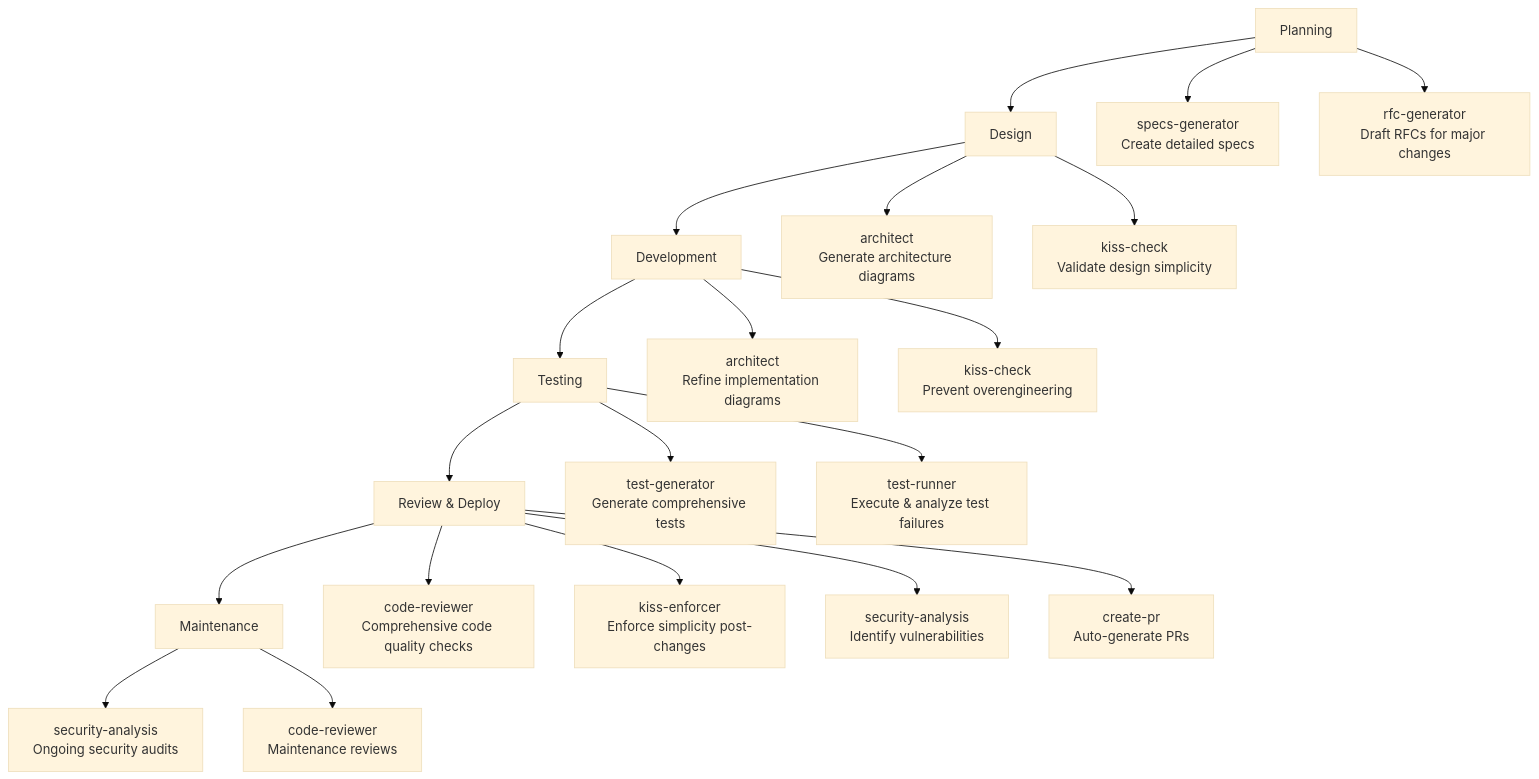
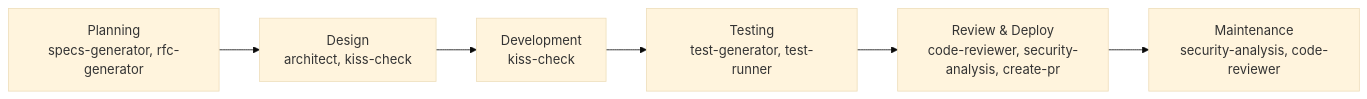
One commit to trebaud/my-claude-skills changed the diagram in README.md. Above: the diagram before and after it, drawn with Mermaid (base theme).

Commit message:
simpler mermaid diagram

````diff
--- a/README.md
+++ b/README.md
@@ -33,28 +33,8 @@
 ```mermaid
-flowchart TD
-    A[Planning] --> B[Design]
-    B --> C[Development]
-    C --> D[Testing]
-    D --> E[Review & Deploy]
-    E --> F[Maintenance]
-
-    A --> A1[specs-generator<br/>Create detailed specs]
-    A --> A2[rfc-generator<br/>Draft RFCs for major changes]
-
-    B --> B1[architect<br/>Generate architecture diagrams]
-    B --> B2[kiss-check<br/>Validate design simplicity]
-
-    C --> C1[architect<br/>Refine implementation diagrams]
-    C --> C2[kiss-check<br/>Prevent overengineering]
-
-    D --> D1[test-generator<br/>Generate comprehensive tests]
-    D --> D2[test-runner<br/>Execute & analyze test failures]
-
-    E --> E1[code-reviewer<br/>Comprehensive code quality checks]
-    E --> E2[kiss-enforcer<br/>Enforce simplicity post-changes]
-    E --> E3[security-analysis<br/>Identify vulnerabilities]
-    E --> E4[create-pr<br/>Auto-generate PRs]
-
-    F --> F1[security-analysis<br/>Ongoing security audits]
-    F --> F2[code-reviewer<br/>Maintenance reviews]
+flowchart LR
+    A[Planning<br/>specs-generator, rfc-generator] --> B[Design<br/>architect, kiss-check]
+    B --> C[Development<br/>kiss-check]
+    C --> D[Testing<br/>test-generator, test-runner]
+    D --> E[Review & Deploy<br/>code-reviewer, security-analysis, create-pr]
+    E --> F[Maintenance<br/>security-analysis, code-reviewer]
 ```
````
